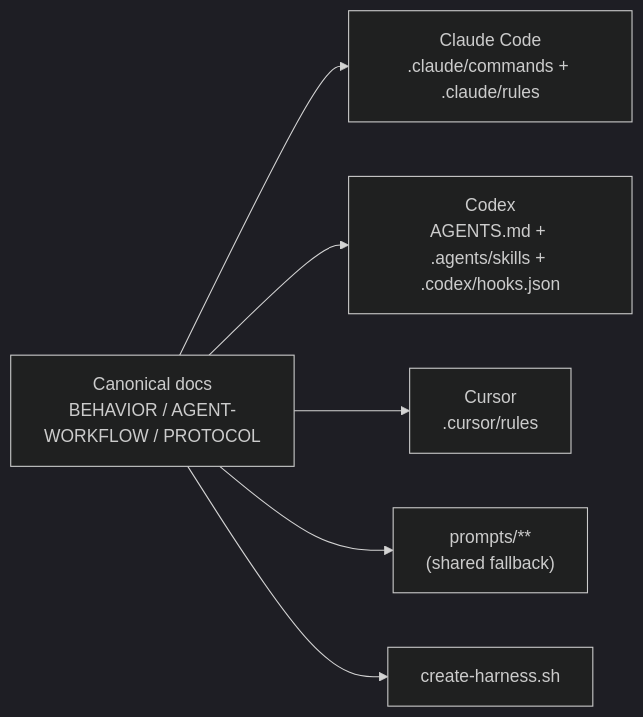
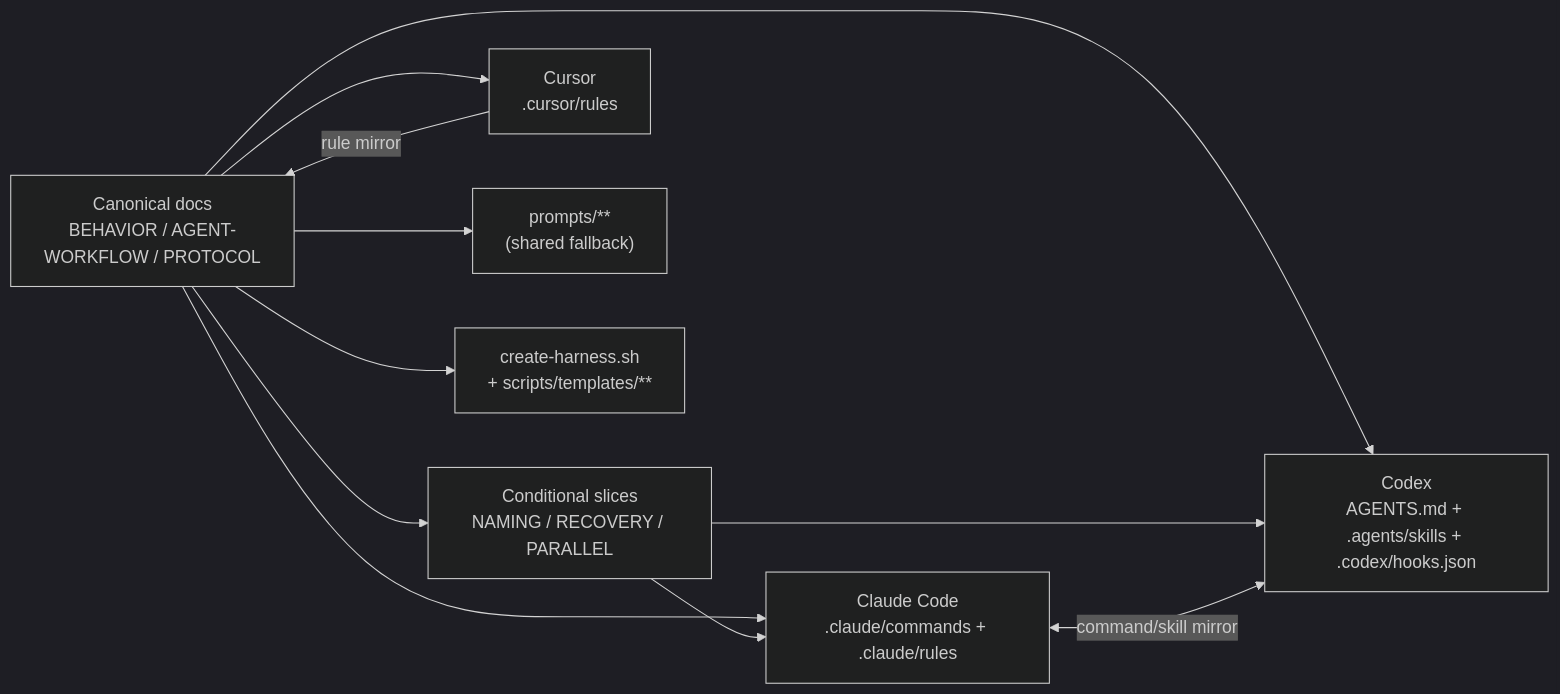
One commit to kyungseo/ai-workflow-harness changed the fourth of 7 diagrams in docs/HARNESS-STRUCTURE.md. Above: the diagram before and after it, drawn with Mermaid (dark theme). The commit also changed other lines of this file and 1 other file, not shown here.

First line of the commit message:
docs: HARNESS-STRUCTURE / HARNESS-MAINTAINER-GUIDE 보완 — v1.0.1 이후 변경분 반영

````diff
--- a/docs/HARNESS-STRUCTURE.md
+++ b/docs/HARNESS-STRUCTURE.md
@@ -118,15 +150,21 @@
 ```mermaid
 graph LR
     CANON["Canonical docs\nBEHAVIOR / AGENT-WORKFLOW / PROTOCOL"]
+    SLICES["Conditional slices\nNAMING / RECOVERY / PARALLEL"]
     CLAUDE["Claude Code\n.claude/commands + .claude/rules"]
     CODEX["Codex\nAGENTS.md + .agents/skills + .codex/hooks.json"]
     CURSOR["Cursor\n.cursor/rules"]
     PROMPTS["prompts/**\n(shared fallback)"]
-    SCAFFOLD["create-harness.sh"]
+    SCAFFOLD["create-harness.sh\n+ scripts/templates/**"]
 
     CANON --> CLAUDE
     CANON --> CODEX
     CANON --> CURSOR
     CANON --> PROMPTS
     CANON --> SCAFFOLD
+    CANON --> SLICES
+    SLICES --> CLAUDE
+    SLICES --> CODEX
+    CLAUDE <-->|"command/skill mirror"| CODEX
+    CURSOR -->|"rule mirror"| CANON
 ```
````
